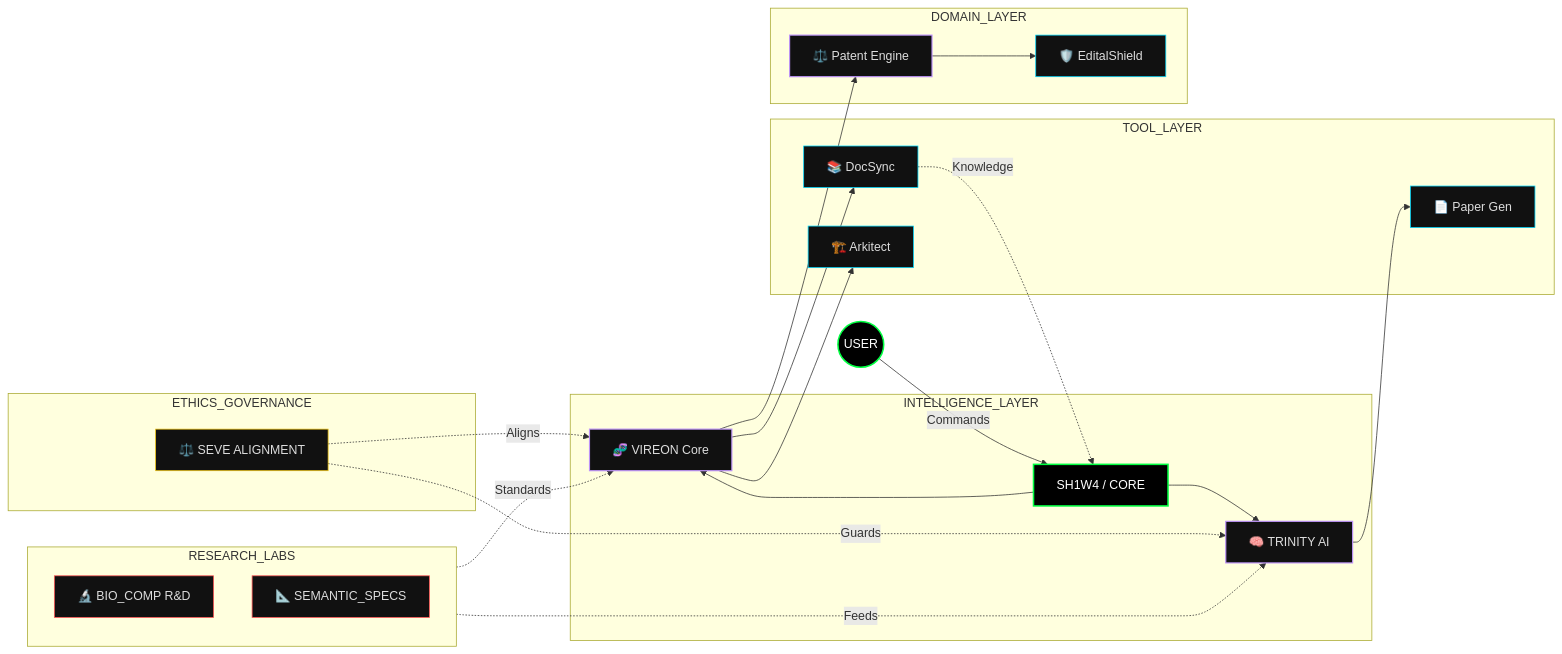
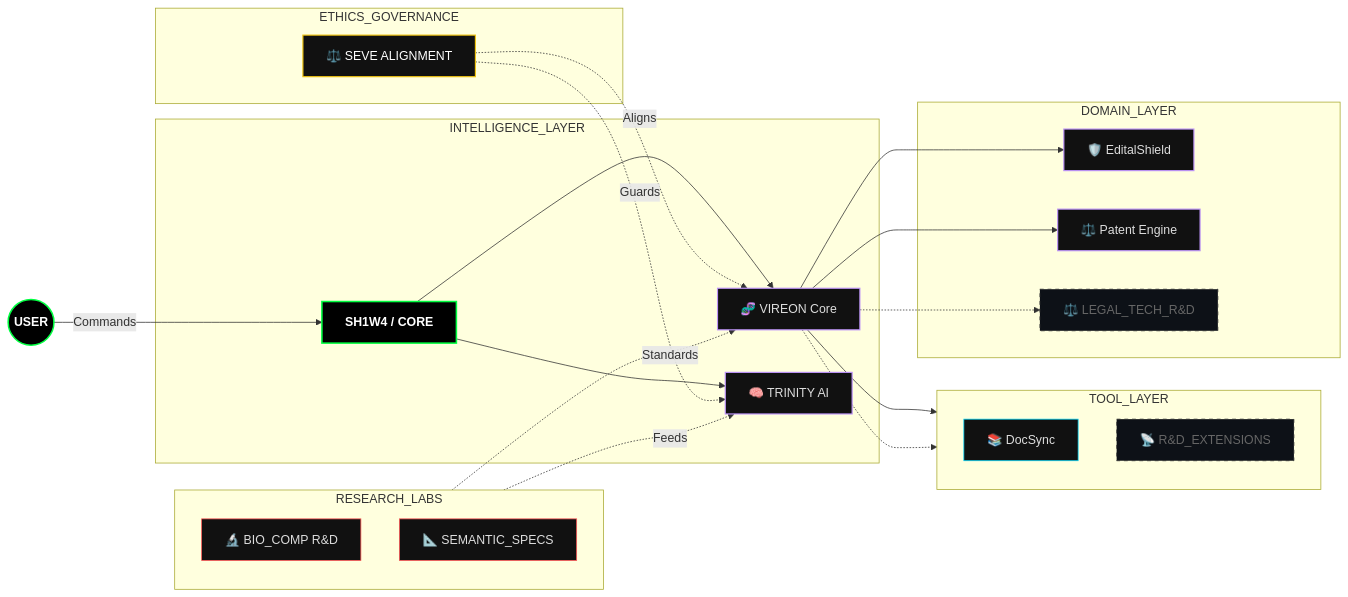
One commit to SH1W4/sh1w4 changed the first of 2 diagrams in README.md. Above: the diagram before and after it, drawn with Mermaid. The commit also changed 1 other file, not shown here.

Commit message:
feat: implement privacy-shielded neural ecosystem map (v2.2.2)

````diff
--- a/README.md
+++ b/README.md
@@ -67,45 +67,46 @@
 ```mermaid
 graph LR
     %% Themes & Styles
-    classDef core fill:#000,stroke:#00ff41,stroke-width:2px,color:#fff;
+    classDef core fill:#000,stroke:#00ff41,stroke-width:2px,color:#fff,font-weight:bold;
     classDef agent fill:#111,stroke:#bd93f9,stroke-width:1.5px,color:#ddd;
     classDef tool fill:#111,stroke:#00d9ff,stroke-width:1px,color:#ddd;
-    classDef ethics fill:#111,stroke:#f1c40f,stroke-width:1px,color:#ddd;
+    classDef ethics fill:#111,stroke:#f1c40f,stroke-width:1.5px,color:#fff;
     classDef research fill:#111,stroke:#ff5555,stroke-width:1px,color:#ddd;
+    classDef private fill:#0d1117,stroke:#333,stroke-width:1px,color:#666,stroke-dasharray: 5 5;
 
     User((USER)):::core -->|Commands| Core[SH1W4 / CORE]:::core
 
     subgraph INTELLIGENCE_LAYER
         Core --> VIREON["🧬 VIREON Core"]:::agent
         Core --> TRINITY["🧠 TRINITY AI"]:::agent
     end
 
     subgraph TOOL_LAYER
+        direction TB
         VIREON --> DOCSYNC["📚 DocSync"]:::tool
-        VIREON --> ARKITECT["🏗️ Arkitect"]:::tool
-        TRINITY --> PAPER["📄 Paper Gen"]:::tool
+        VIREON -.-> RD_TOOLS["📡 R&D_EXTENSIONS"]:::private
     end
 
     subgraph DOMAIN_LAYER
-        VIREON --> LEGAL["⚖️ Patent Engine"]:::agent
-        LEGAL --> SHIELD["🛡️ EditalShield"]:::tool
+        VIREON --> EDITALSHIELD["🛡️ EditalShield"]:::agent
+        VIREON --> PATENT_ENGINE["⚖️ Patent Engine"]:::agent
+        VIREON -.-> RD_DOMAIN["⚖️ LEGAL_TECH_R&D"]:::private
     end
 
     subgraph ETHICS_GOVERNANCE
         SEVE["⚖️ SEVE ALIGNMENT"]:::ethics
     end
 
     subgraph RESEARCH_LABS
         direction TB
         BIO["🔬 BIO_COMP R&D"]:::research
         PROTO["📐 SEMANTIC_SPECS"]:::research
     end
 
     %% Strategic Relationship Links
     SEVE -.->|Guards| TRINITY
     SEVE -.->|Aligns| VIREON
     BIO -.->|Feeds| TRINITY
     PROTO -.->|Standards| VIREON
-    DOCSYNC -.->|Knowledge| Core
-
+    
 ```
````
